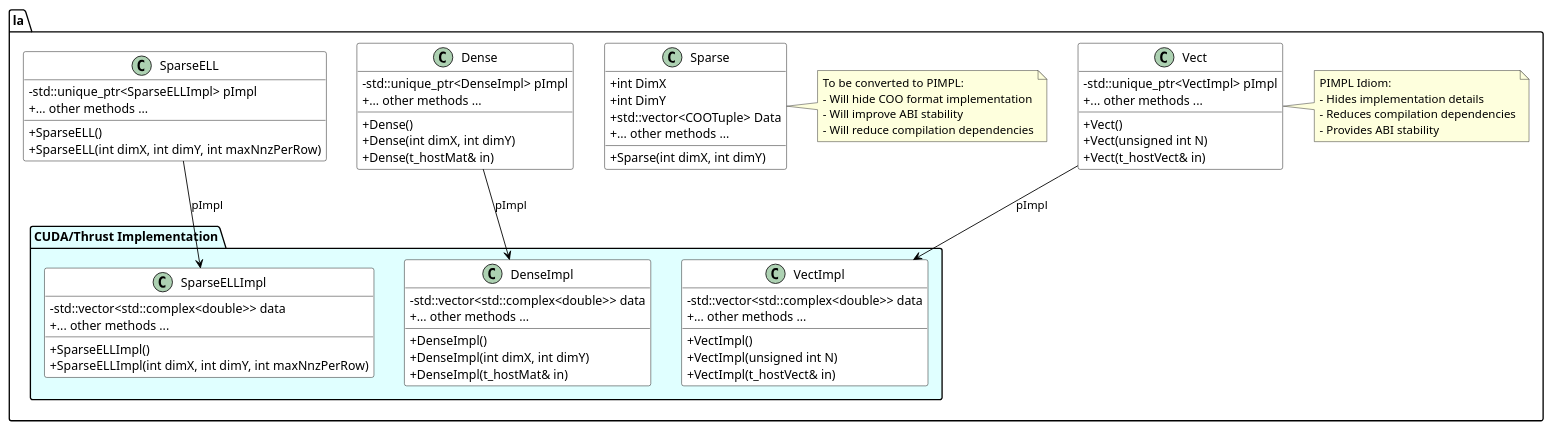
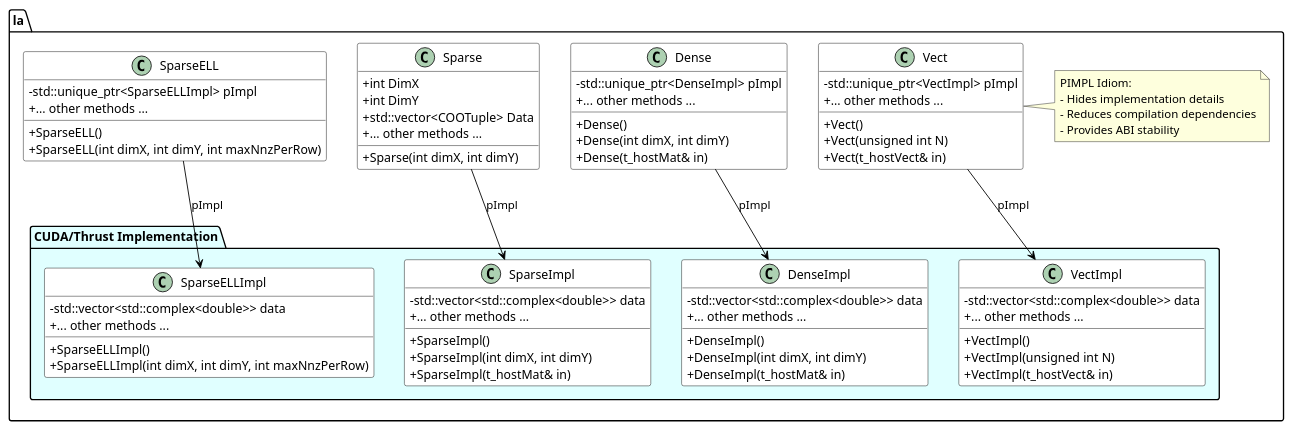
Before and after one commit to cstevenson98/OpenQMC: the diagram in docs/openQMC-api.wsd, drawn with PlantUML. The commit also changed 11 other files, not shown here.

```diff
--- a/docs/openQMC-api.wsd
+++ b/docs/openQMC-api.wsd
@@ -1,93 +1,96 @@
 @startuml Matrix Classes PIMPL Structure
 
 ' Style settings
 skinparam classAttributeIconSize 0
 skinparam class {
     BackgroundColor White
     ArrowColor Black
     BorderColor Black
 }
 
 package "la" {
     package "CUDA/Thrust Implementation" as cuda #LightCyan {
         ' Vect class (existing PIMPL)
         class VectImpl {
             - std::vector<std::complex<double>> data
             + VectImpl()
             + VectImpl(unsigned int N)
             + VectImpl(t_hostVect& in)
             + ... other methods ...
         }
 
         ' Dense class (existing PIMPL)
         class DenseImpl {
             - std::vector<std::complex<double>> data
             + DenseImpl()
             + DenseImpl(int dimX, int dimY)
             + DenseImpl(t_hostMat& in)
+            + ... other methods ...
+        }
+
+        class SparseImpl {
+            - std::vector<std::complex<double>> data
+            + SparseImpl()
+            + SparseImpl(int dimX, int dimY)
+            + SparseImpl(t_hostMat& in)
             + ... other methods ...
         }
 
         ' SparseELL class (existing PIMPL)
         class SparseELLImpl {
             - std::vector<std::complex<double>> data
             + SparseELLImpl()
             + SparseELLImpl(int dimX, int dimY, int maxNnzPerRow)
             + ... other methods ...
         }
     }
 
     class Vect {
         - std::unique_ptr<VectImpl> pImpl
         + Vect()
         + Vect(unsigned int N)
         + Vect(t_hostVect& in)
         + ... other methods ...
     }
 
     Vect --> VectImpl : pImpl
 
     note right of Vect
       PIMPL Idiom:
       - Hides implementation details
       - Reduces compilation dependencies
       - Provides ABI stability
     end note
 
     class Dense {
         - std::unique_ptr<DenseImpl> pImpl
         + Dense()
         + Dense(int dimX, int dimY)
         + Dense(t_hostMat& in)
         + ... other methods ...
     }
 
     Dense --> DenseImpl : pImpl
 
     ' Sparse class (to be converted to PIMPL)
     class Sparse {
         + int DimX
         + int DimY
         + std::vector<COOTuple> Data
         + Sparse(int dimX, int dimY)
         + ... other methods ...
     }
 
-    note right of Sparse
-      To be converted to PIMPL:
-      - Will hide COO format implementation
-      - Will improve ABI stability
-      - Will reduce compilation dependencies
-    end note
+    Sparse --> SparseImpl : pImpl
 
     class SparseELL {
         - std::unique_ptr<SparseELLImpl> pImpl
         + SparseELL()
         + SparseELL(int dimX, int dimY, int maxNnzPerRow)
         + ... other methods ...
     }
 
     SparseELL --> SparseELLImpl : pImpl
 }
 
 @enduml
```
